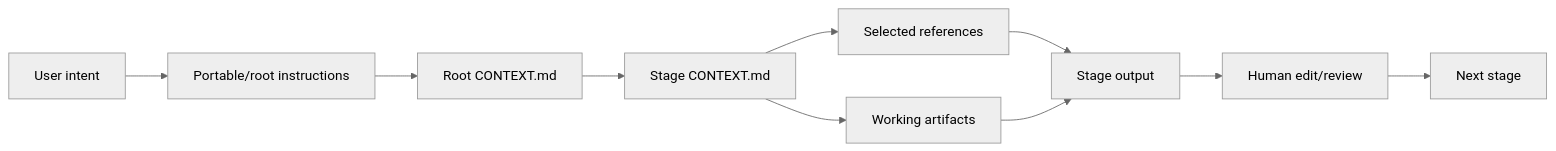
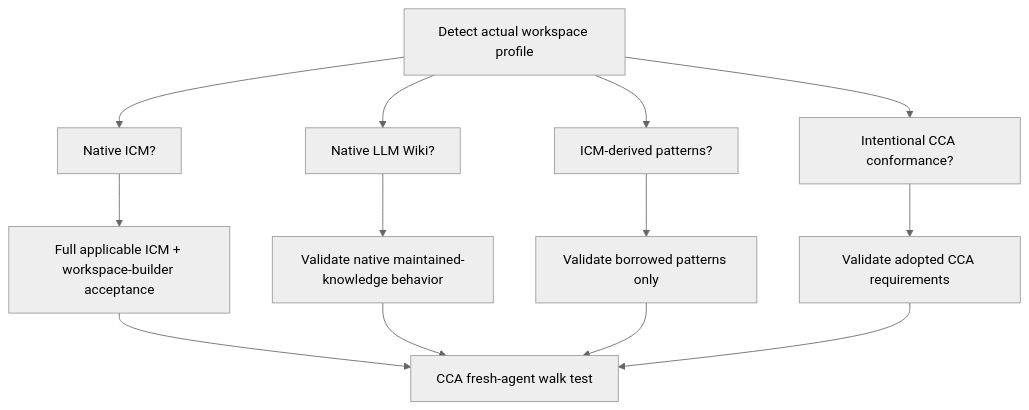
The fourth of 4 diagrams in README.md (yonasuriv/CCA), drawn with Mermaid (neutral theme) before and after one commit. The commit also changed other lines of this file, not shown here.

Commit message:
Expand README with compatibility model, use cases, and ICM acceptance guidance

````diff
--- a/README.md
+++ b/README.md
@@ -82,12 +285,18 @@
 ```mermaid
-flowchart LR
-    U["User intent"] --> A["Portable/root instructions"]
-    A --> C["Root CONTEXT.md"]
-    C --> S["Stage CONTEXT.md"]
-    S --> R["Selected references"]
-    S --> W["Working artifacts"]
-    R --> O["Stage output"]
-    W --> O
-    O --> H["Human edit/review"]
-    H --> N["Next stage"]
+flowchart TD
+    A["Detect actual workspace profile"]
+    A --> I["Native ICM?"]
+    A --> L["Native LLM Wiki?"]
+    A --> D["ICM-derived patterns?"]
+    A --> C["Intentional CCA conformance?"]
+
+    I --> IV["Full applicable ICM + workspace-builder acceptance"]
+    L --> LV["Validate native maintained-knowledge behavior"]
+    D --> DV["Validate borrowed patterns only"]
+    C --> CV["Validate adopted CCA requirements"]
+
+    IV --> W["CCA fresh-agent walk test"]
+    LV --> W
+    DV --> W
+    CV --> W
 ```
````
